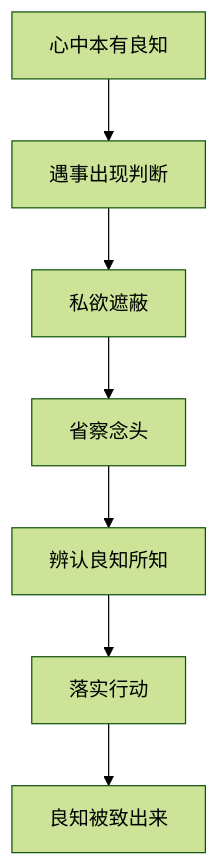
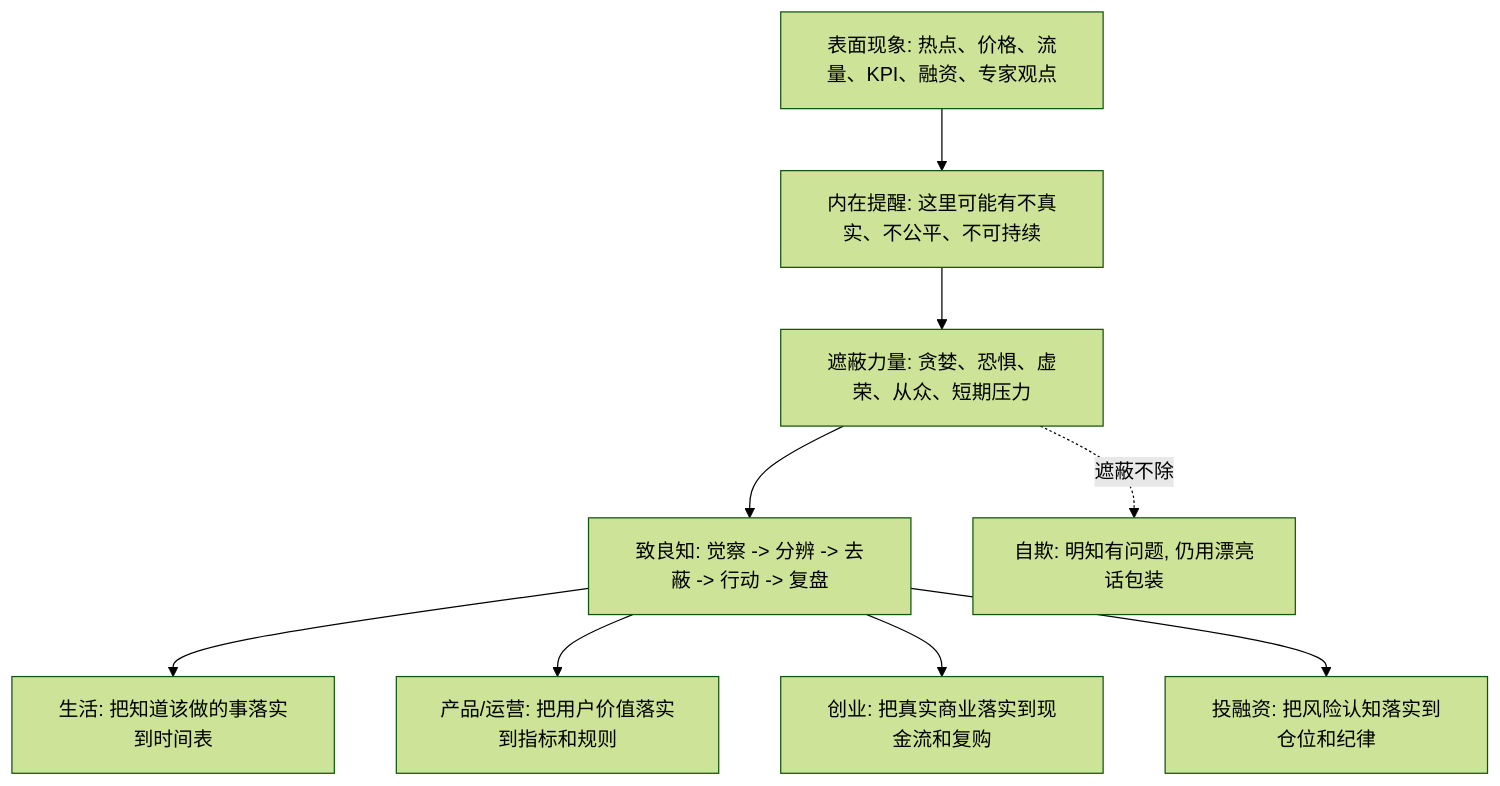
Before and after one commit to digoal/blog: the diagram in 202605/20260518_80.md, drawn with Mermaid (forest theme). The commit also changed other lines of this file and 51 other files, not shown here.

````diff
--- a/202605/20260518_80.md
+++ b/202605/20260518_80.md
@@ -22,9 +22,11 @@
 ```mermaid
 flowchart TD
-  A["心中本有良知"] --> B["遇事出现判断"]
-  B --> C["私欲遮蔽"]
-  C --> D["省察念头"]
-  D --> E["辨认良知所知"]
-  E --> F["落实行动"]
-  F --> G["良知被致出来"]
+  A["表面现象: 热点、价格、流量、KPI、融资、专家观点"] --> B["内在提醒: 这里可能有不真实、不公平、不可持续"]
+  B --> C["遮蔽力量: 贪婪、恐惧、虚荣、从众、短期压力"]
+  C --> D["致良知: 觉察 -> 分辨 -> 去蔽 -> 行动 -> 复盘"]
+  D --> E["生活: 把知道该做的事落实到时间表"]
+  D --> F["产品/运营: 把用户价值落实到指标和规则"]
+  D --> G["创业: 把真实商业落实到现金流和复购"]
+  D --> H["投融资: 把风险认知落实到仓位和纪律"]
+  C -. "遮蔽不除" .-> I["自欺: 明知有问题, 仍用漂亮话包装"]
 ```
````
